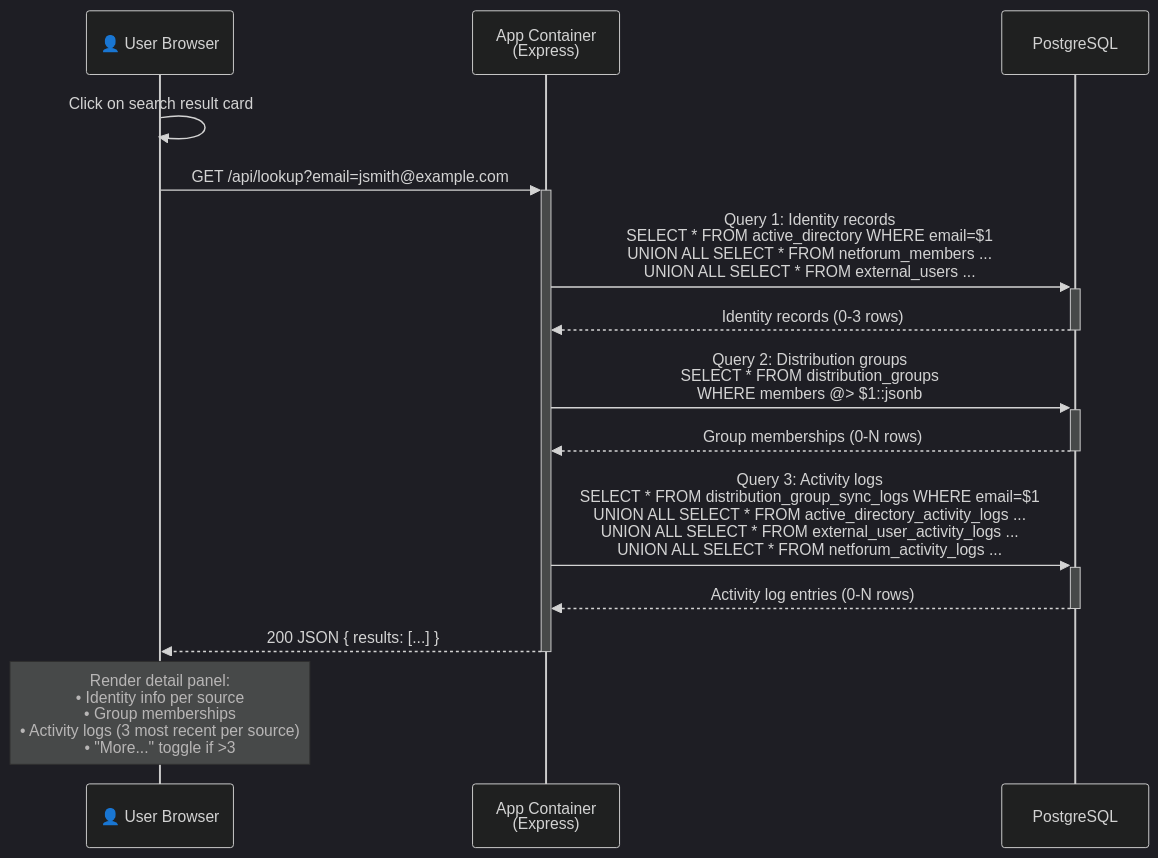
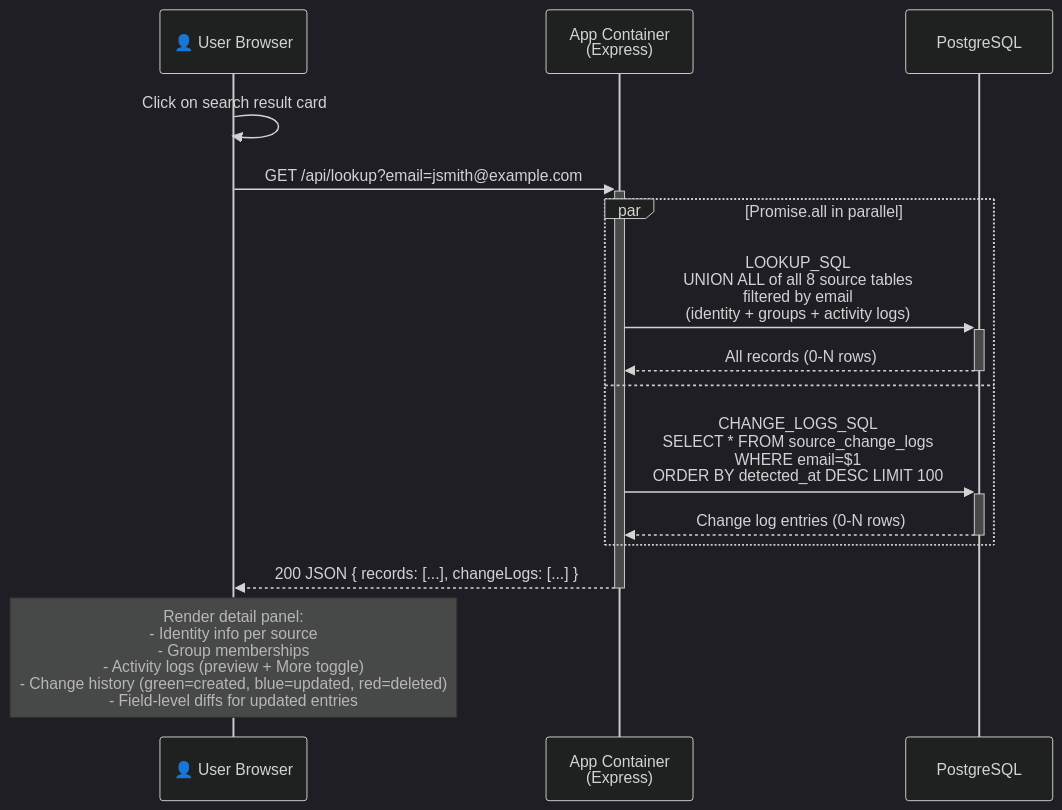
One commit to sjackshaw/user-search changed the diagram in docs/diagrams/lookup-sequence.md. Above: the diagram before and after it, drawn with Mermaid (dark theme). The commit also changed 31 other files, not shown here.

Commit message:
Add package.json for user-search-genai service with dependencies and scripts

````diff
--- a/docs/diagrams/lookup-sequence.md
+++ b/docs/diagrams/lookup-sequence.md
@@ -3,23 +3,22 @@
 ```mermaid
 sequenceDiagram
     participant U as 👤 User Browser
     participant A as App Container<br/>(Express)
     participant P as PostgreSQL
 
     U->>U: Click on search result card
 
     U->>+A: GET /api/lookup?email=jsmith@example.com
 
-    A->>+P: Query 1: Identity records<br/>SELECT * FROM active_directory WHERE email=$1<br/>UNION ALL SELECT * FROM netforum_members ...<br/>UNION ALL SELECT * FROM external_users ...
-    P-->>-A: Identity records (0-3 rows)
+    par Promise.all in parallel
+        A->>+P: LOOKUP_SQL<br/>UNION ALL of all 8 source tables<br/>filtered by email<br/>(identity + groups + activity logs)
+        P-->>-A: All records (0-N rows)
+    and
+        A->>+P: CHANGE_LOGS_SQL<br/>SELECT * FROM source_change_logs<br/>WHERE email=$1<br/>ORDER BY detected_at DESC LIMIT 100
+        P-->>-A: Change log entries (0-N rows)
+    end
 
-    A->>+P: Query 2: Distribution groups<br/>SELECT * FROM distribution_groups<br/>WHERE members @> $1::jsonb
-    P-->>-A: Group memberships (0-N rows)
+    A-->>-U: 200 JSON { records: [...], changeLogs: [...] }
 
-    A->>+P: Query 3: Activity logs<br/>SELECT * FROM distribution_group_sync_logs WHERE email=$1<br/>UNION ALL SELECT * FROM active_directory_activity_logs ...<br/>UNION ALL SELECT * FROM external_user_activity_logs ...<br/>UNION ALL SELECT * FROM netforum_activity_logs ...
-    P-->>-A: Activity log entries (0-N rows)
-
-    A-->>-U: 200 JSON { results: [...] }
-
-    Note over U: Render detail panel:<br/>• Identity info per source<br/>• Group memberships<br/>• Activity logs (3 most recent per source)<br/>• "More..." toggle if >3
+    Note over U: Render detail panel:<br/>- Identity info per source<br/>- Group memberships<br/>- Activity logs (preview + More toggle)<br/>- Change history (green=created, blue=updated, red=deleted)<br/>- Field-level diffs for updated entries
 ```
````
